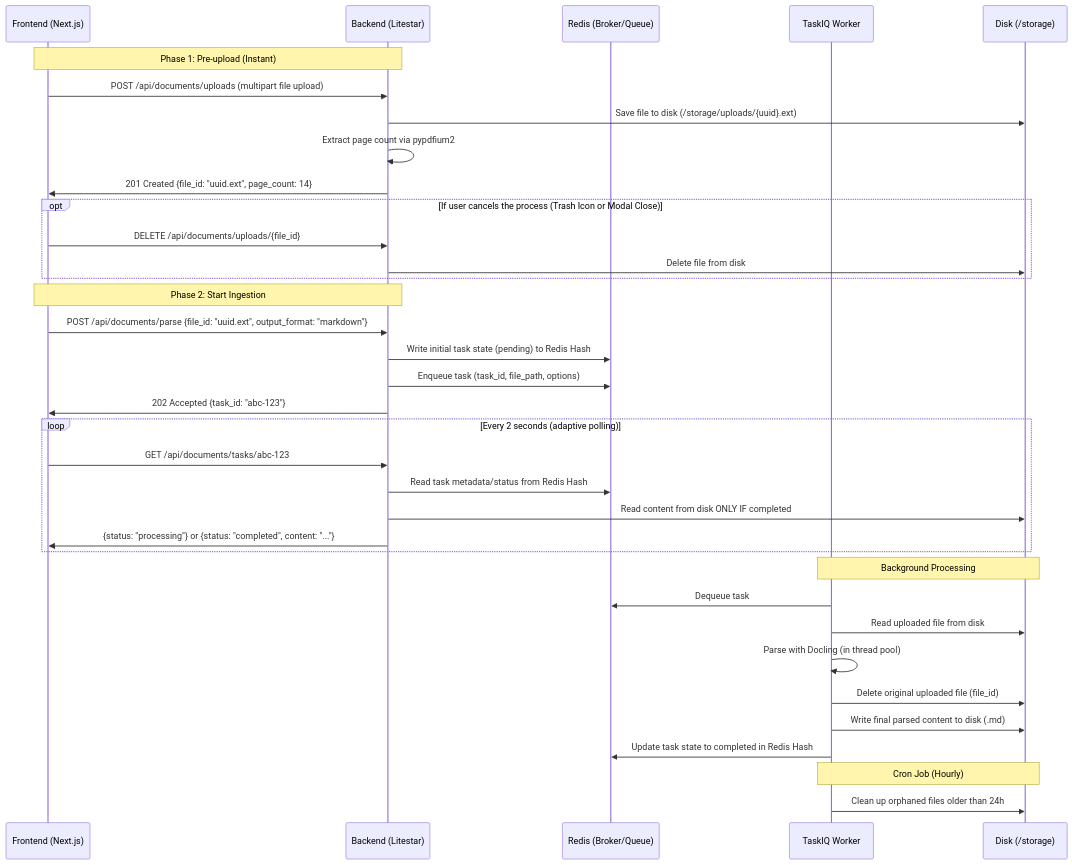
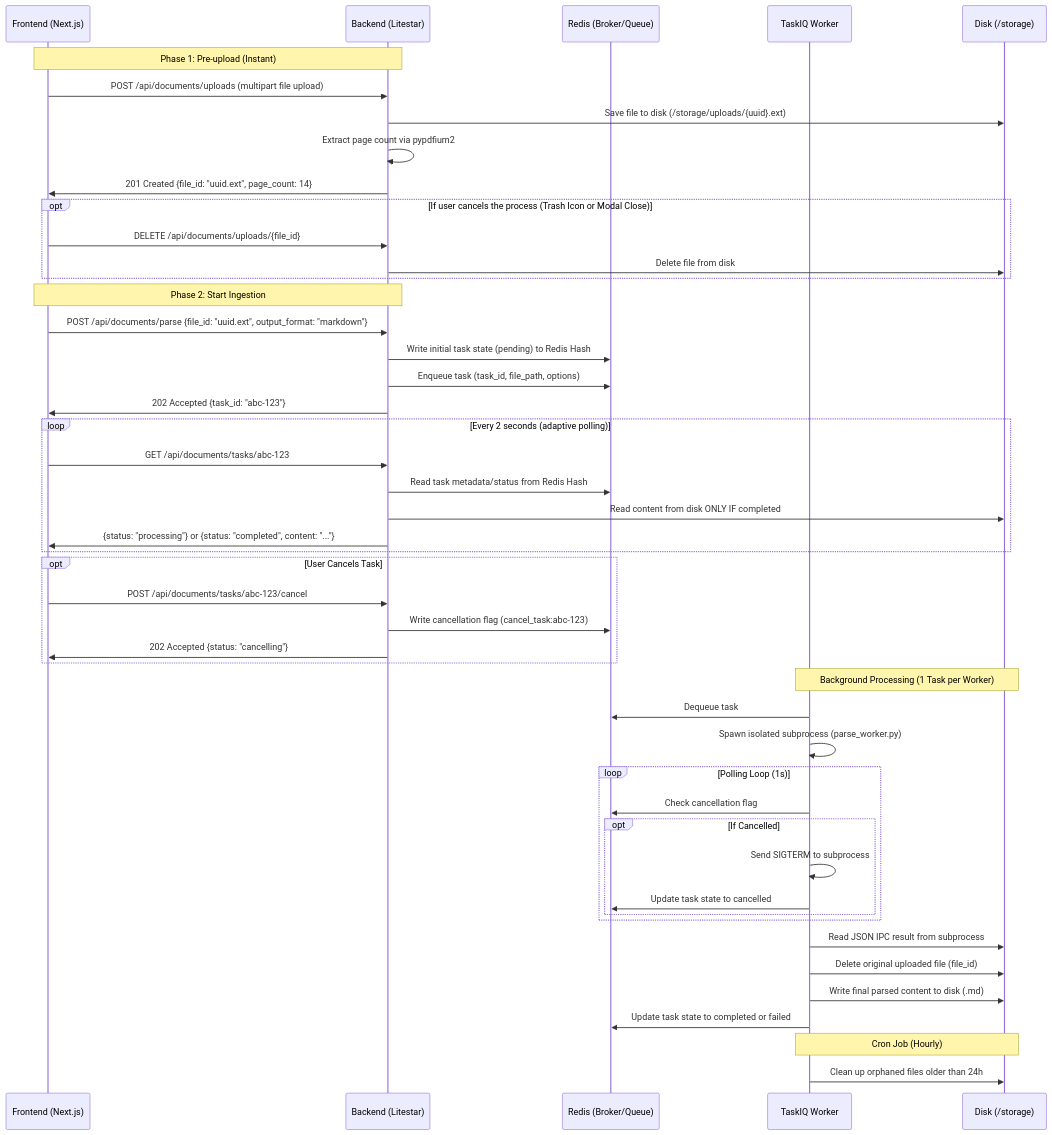
One commit to think-bro/rag-ingestion-pipeline changed the diagram in README.md. Above: the diagram before and after it, drawn with Mermaid. The commit also changed 15 other files, not shown here.

First line of the commit message:
feat(document_parsing): Add task cancellation API (closes #8)

````diff
--- a/README.md
+++ b/README.md
@@ -16,43 +16,56 @@
 ```mermaid
 sequenceDiagram
     participant F as Frontend (Next.js)
     participant B as Backend (Litestar)
     participant R as Redis (Broker/Queue)
     participant W as TaskIQ Worker
     participant D as Disk (/storage)
 
     Note over F,B: Phase 1: Pre-upload (Instant)
     F->>B: POST /api/documents/uploads (multipart file upload)
     B->>D: Save file to disk (/storage/uploads/{uuid}.ext)
     B->>B: Extract page count via pypdfium2
     B->>F: 201 Created {file_id: "uuid.ext", page_count: 14}
     
     opt If user cancels the process (Trash Icon or Modal Close)
         F->>B: DELETE /api/documents/uploads/{file_id}
         B->>D: Delete file from disk
     end
 
     Note over F,B: Phase 2: Start Ingestion
     F->>B: POST /api/documents/parse {file_id: "uuid.ext", output_format: "markdown"}
     B->>R: Write initial task state (pending) to Redis Hash
     B->>R: Enqueue task (task_id, file_path, options)
     B->>F: 202 Accepted {task_id: "abc-123"}
 
     loop Every 2 seconds (adaptive polling)
         F->>B: GET /api/documents/tasks/abc-123
         B->>R: Read task metadata/status from Redis Hash
         B->>D: Read content from disk ONLY IF completed
         B->>F: {status: "processing"} or {status: "completed", content: "..."}
     end
+    
+    opt User Cancels Task
+        F->>B: POST /api/documents/tasks/abc-123/cancel
+        B->>R: Write cancellation flag (cancel_task:abc-123)
+        B->>F: 202 Accepted {status: "cancelling"}
+    end
 
-    Note over W,D: Background Processing
+    Note over W,D: Background Processing (1 Task per Worker)
     W->>R: Dequeue task
-    W->>D: Read uploaded file from disk
-    W->>W: Parse with Docling (in thread pool)
+    W->>W: Spawn isolated subprocess (parse_worker.py)
+    loop Polling Loop (1s)
+        W->>R: Check cancellation flag
+        opt If Cancelled
+            W->>W: Send SIGTERM to subprocess
+            W->>R: Update task state to cancelled
+        end
+    end
+    W->>D: Read JSON IPC result from subprocess
     W->>D: Delete original uploaded file (file_id)
     W->>D: Write final parsed content to disk (.md)
-    W->>R: Update task state to completed in Redis Hash
+    W->>R: Update task state to completed or failed
     
     Note over W,D: Cron Job (Hourly)
     W->>D: Clean up orphaned files older than 24h
 ```
````
